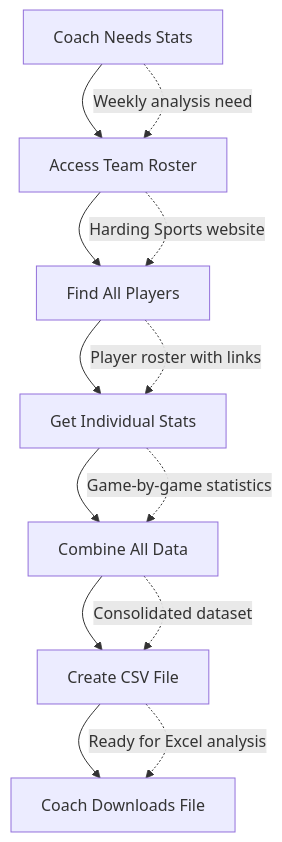
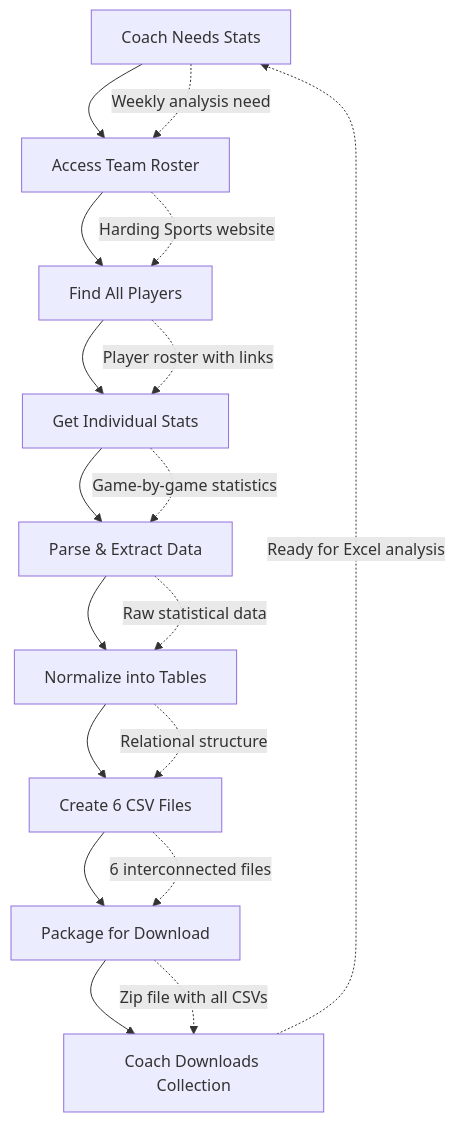
Before and after one commit to ed-insights-ai/n8n-projectspace: the diagram in docs/workflow-spec-soccer.md, drawn with Mermaid. The commit also changed other lines of this file, not shown here.

````diff
--- a/docs/workflow-spec-soccer.md
+++ b/docs/workflow-spec-soccer.md
@@ -77,17 +85,22 @@
 ```mermaid
 graph TD
     A[Coach Needs Stats] --> B[Access Team Roster]
     B --> C[Find All Players]
     C --> D[Get Individual Stats]
-    D --> E[Combine All Data]
-    E --> F[Create CSV File]
-    F --> G[Coach Downloads File]
+    D --> E[Parse & Extract Data]
+    E --> F[Normalize into Tables]
+    F --> G[Create 6 CSV Files]
+    G --> H[Package for Download]
+    H --> I[Coach Downloads Collection]
     
     %% Business context annotations
     A -.->|"Weekly analysis need"| B
     B -.->|"Harding Sports website"| C
     C -.->|"Player roster with links"| D
     D -.->|"Game-by-game statistics"| E
-    E -.->|"Consolidated dataset"| F
-    F -.->|"Ready for Excel analysis"| G
+    E -.->|"Raw statistical data"| F
+    F -.->|"Relational structure"| G
+    G -.->|"6 interconnected files"| H
+    H -.->|"Zip file with all CSVs"| I
+    I -.->|"Ready for Excel analysis"| A
 ```
````
